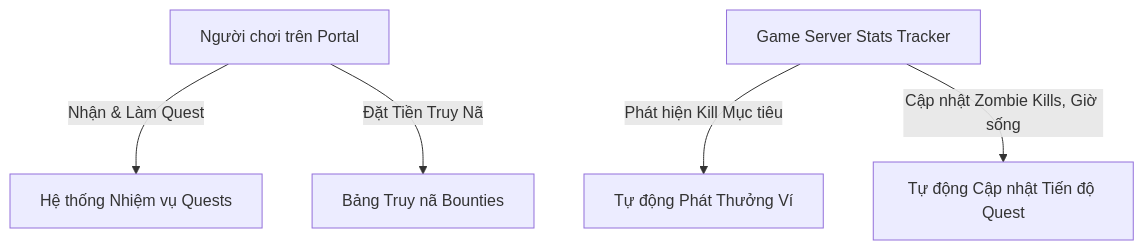
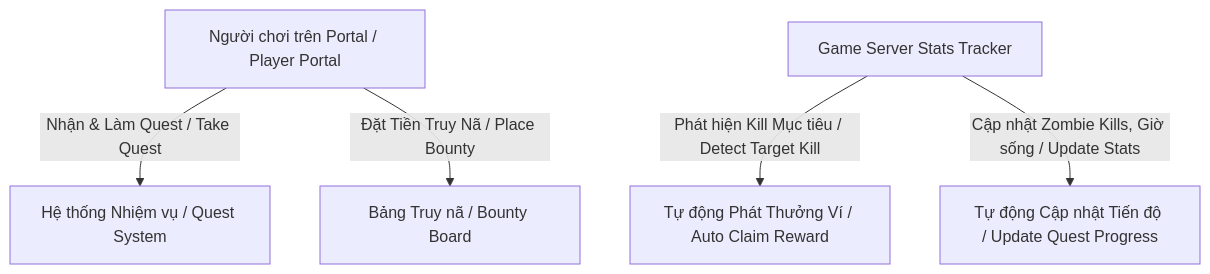
The diagram in Quests_PlayerBounty.md (nmhung1993/ProjectZomboid_ServerManager_Webapp), drawn with Mermaid before and after one commit. The commit also changed other lines of this file and 13 other files, not shown here.

````diff
--- a/Quests_PlayerBounty.md
+++ b/Quests_PlayerBounty.md
@@ -6,7 +14,7 @@
 ```mermaid
 graph TD
-    UserPortal[Người chơi trên Portal] -->|Nhận & Làm Quest| QuestSystem[Hệ thống Nhiệm vụ Quests]
-    UserPortal -->|Đặt Tiền Truy Nã| BountyBoard[Bảng Truy nã Bounties]
-    PZServer[Game Server PvP Tracker] -->|Phát hiện Kill Mục tiêu| BountyClaim[Tự động Phát Thưởng Ví]
-    PZServer[Game Server Stats Tracker] -->|Cập nhật Zombie Kills, Giờ sống| QuestProgress[Tự động Cập nhật Tiến độ Quest]
+    UserPortal[Người chơi trên Portal / Player Portal] -->|Nhận & Làm Quest / Take Quest| QuestSystem[Hệ thống Nhiệm vụ / Quest System]
+    UserPortal -->|Đặt Tiền Truy Nã / Place Bounty| BountyBoard[Bảng Truy nã / Bounty Board]
+    PZServer[Game Server PvP Tracker] -->|Phát hiện Kill Mục tiêu / Detect Target Kill| BountyClaim[Tự động Phát Thưởng Ví / Auto Claim Reward]
+    PZServer[Game Server Stats Tracker] -->|Cập nhật Zombie Kills, Giờ sống / Update Stats| QuestProgress[Tự động Cập nhật Tiến độ / Update Quest Progress]
 ```
````
